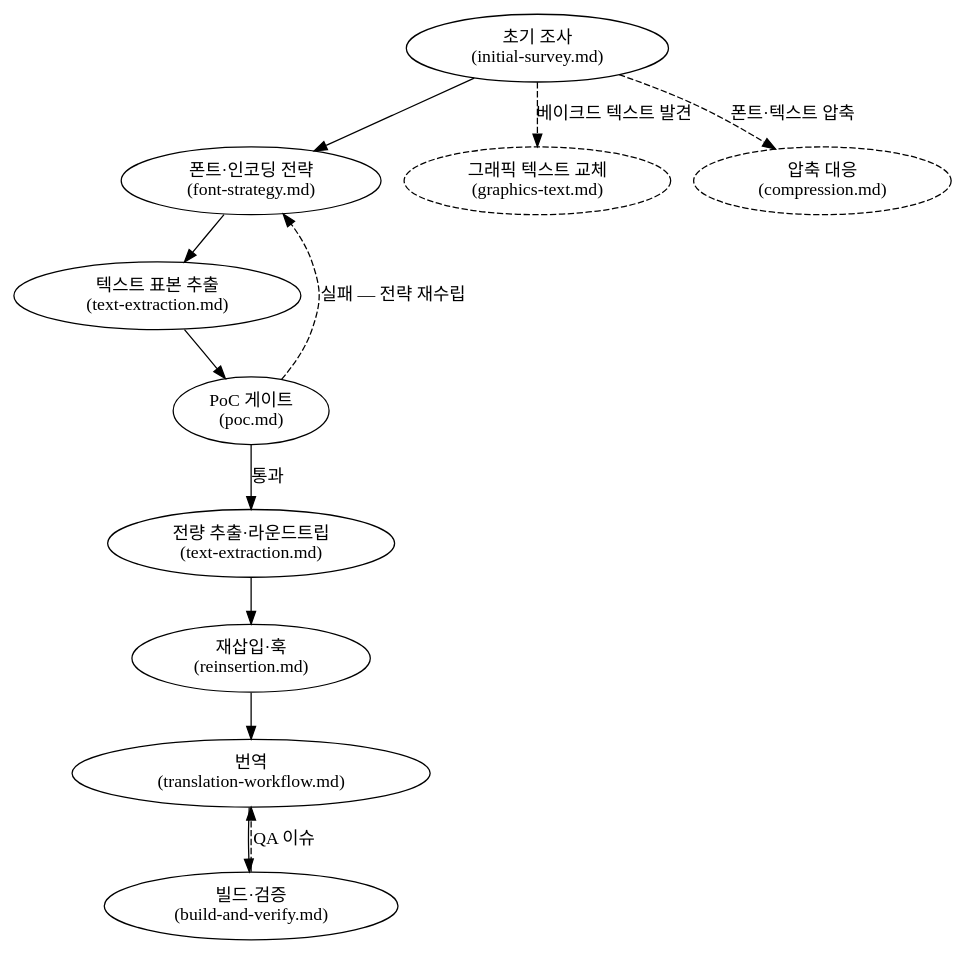
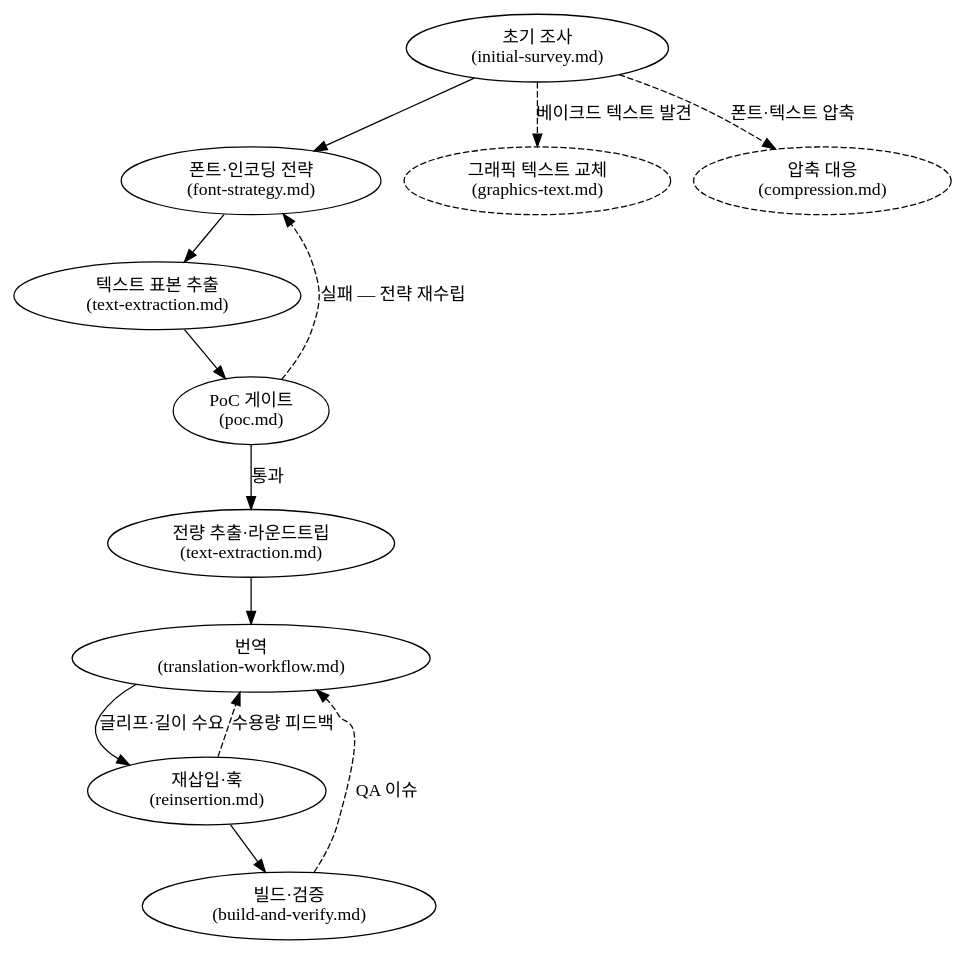
The diagram in skills/create-kr-patch/SKILL.md (mcpads/create-retro-game-kr-patch), drawn with Graphviz before and after one commit. The commit also changed other lines of this file and 4 other files, not shown here.

````diff
--- a/skills/create-kr-patch/SKILL.md
+++ b/skills/create-kr-patch/SKILL.md
@@ -27,29 +27,30 @@
 ```dot
 digraph kr_patch {
     rankdir=TB;
     survey     [label="초기 조사\n(initial-survey.md)"];
     strategy   [label="폰트·인코딩 전략\n(font-strategy.md)"];
     extract    [label="텍스트 표본 추출\n(text-extraction.md)"];
     poc        [label="PoC 게이트\n(poc.md)"];
     full_extract [label="전량 추출·라운드트립\n(text-extraction.md)"];
     reinsert   [label="재삽입·훅\n(reinsertion.md)"];
     translate  [label="번역\n(translation-workflow.md)"];
     build      [label="빌드·검증\n(build-and-verify.md)"];
 
     gfx        [label="그래픽 텍스트 교체\n(graphics-text.md)", style=dashed];
     comp       [label="압축 대응\n(compression.md)", style=dashed];
 
     survey   -> strategy;
     strategy -> extract;
     extract  -> poc;
     poc      -> full_extract  [label="통과"];
     poc      -> strategy  [label="실패 — 전략 재수립", style=dashed];
-    full_extract -> reinsert;
-    reinsert -> translate;
-    translate -> build;
+    full_extract -> translate;
+    translate -> reinsert [label="글리프·길이 수요"];
+    reinsert -> translate [label="수용량 피드백", style=dashed];
+    reinsert -> build;
     build    -> translate [label="QA 이슈", style=dashed];
 
     survey   -> gfx   [label="베이크드 텍스트 발견", style=dashed];
     survey   -> comp  [label="폰트·텍스트 압축", style=dashed];
 }
 ```
````
